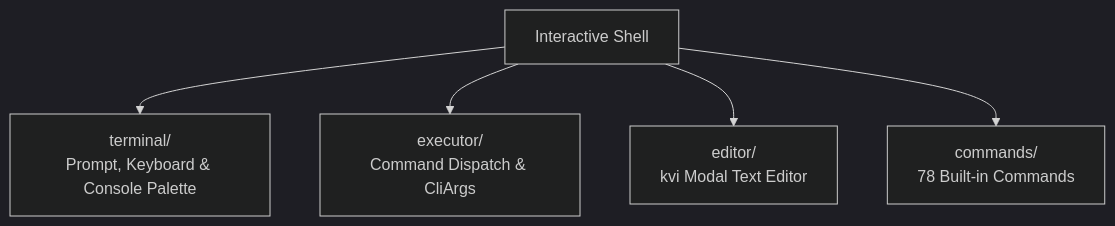
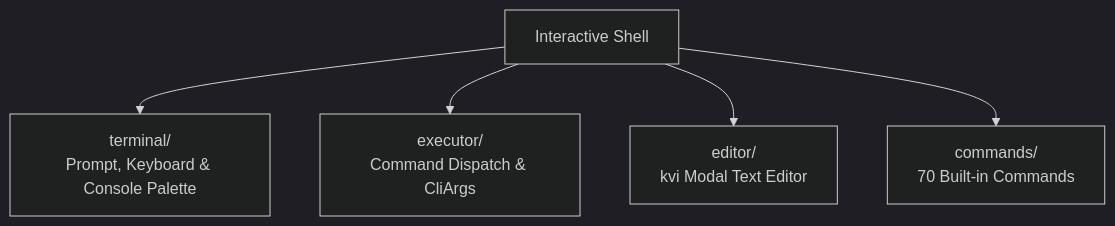
Before and after one commit to mrvlous/keira: the diagram in docs/shell/README.md, drawn with Mermaid (dark theme). The commit also changed other lines of this file and 2 other files, not shown here.

Commit message:
docs(shell): update command reference manuals and inventory counts

````diff
--- a/docs/shell/README.md
+++ b/docs/shell/README.md
@@ -11,7 +11,7 @@
 ```mermaid
 graph TD
     Shell["Interactive Shell"] --> Terminal["terminal/<br/>Prompt, Keyboard & Console Palette"]
     Shell --> Executor["executor/<br/>Command Dispatch & CliArgs"]
     Shell --> Editor["editor/<br/>kvi Modal Text Editor"]
-    Shell --> Cmds["commands/<br/>78 Built-in Commands"]
+    Shell --> Cmds["commands/<br/>70 Built-in Commands"]
 ```
````
